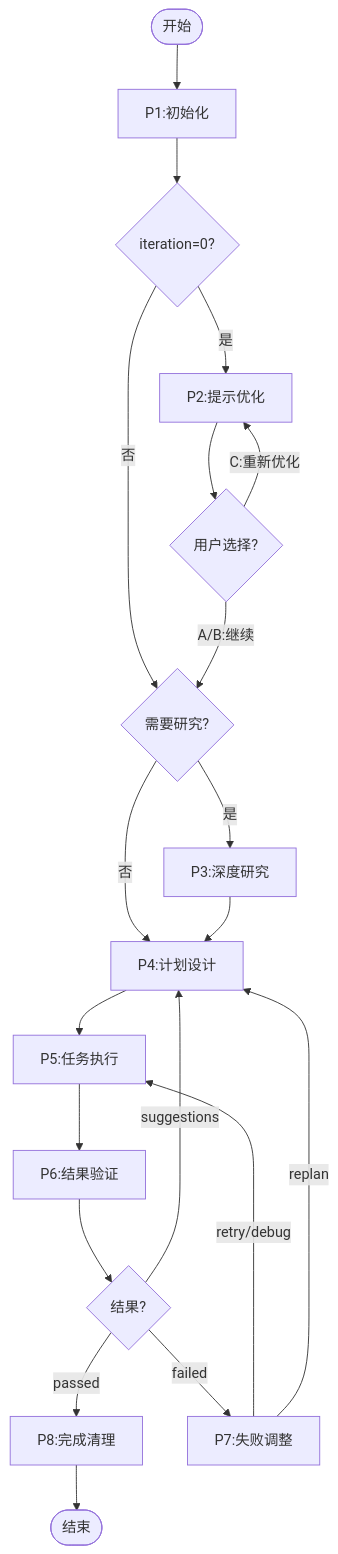
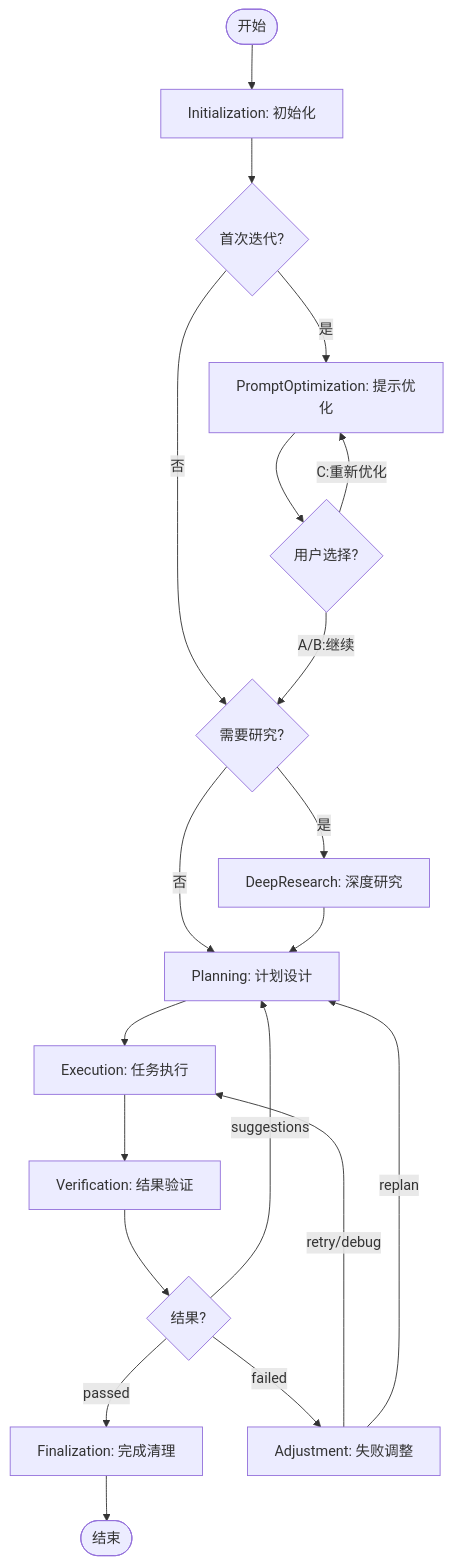
One commit to lazygophers/ccplugin changed the diagram in plugins/tools/task/skills/loop/detailed-flow.md. Above: the diagram before and after it, drawn with Mermaid. The commit also changed other lines of this file and 8 other files, not shown here.

````diff
--- a/plugins/tools/task/skills/loop/detailed-flow.md
+++ b/plugins/tools/task/skills/loop/detailed-flow.md
@@ -22,22 +22,22 @@
 ```mermaid
 flowchart TD
-    Start([开始]) --> Init[P1:初始化]
-    Init --> PromptOpt{iteration=0?}
-    PromptOpt -->|是| Phase2[P2:提示优化]
+    Start([开始]) --> Init[Initialization: 初始化]
+    Init --> PromptOpt{首次迭代?}
+    PromptOpt -->|是| PO[PromptOptimization: 提示优化]
     PromptOpt -->|否| DeepRes{需要研究?}
-    Phase2 --> UserChoice{用户选择?}
+    PO --> UserChoice{用户选择?}
     UserChoice -->|A/B:继续| DeepRes
-    UserChoice -->|C:重新优化| Phase2
-    DeepRes -->|是| Phase3[P3:深度研究]
-    DeepRes -->|否| Phase4[P4:计划设计]
-    Phase3 --> Phase4
-    Phase4 --> Phase5[P5:任务执行]
-    Phase5 --> Phase6[P6:结果验证]
-    Phase6 --> Decision{结果?}
-    Decision -->|passed| Phase8[P8:完成清理]
-    Decision -->|suggestions| Phase4
-    Decision -->|failed| Phase7[P7:失败调整]
-    Phase7 -->|retry/debug| Phase5
-    Phase7 -->|replan| Phase4
-    Phase8 --> End([结束])
+    UserChoice -->|C:重新优化| PO
+    DeepRes -->|是| DR[DeepResearch: 深度研究]
+    DeepRes -->|否| Plan[Planning: 计划设计]
+    DR --> Plan
+    Plan --> Exec[Execution: 任务执行]
+    Exec --> Verify[Verification: 结果验证]
+    Verify --> Decision{结果?}
+    Decision -->|passed| Final[Finalization: 完成清理]
+    Decision -->|suggestions| Plan
+    Decision -->|failed| Adjust[Adjustment: 失败调整]
+    Adjust -->|retry/debug| Exec
+    Adjust -->|replan| Plan
+    Final --> End([结束])
 ```
````
